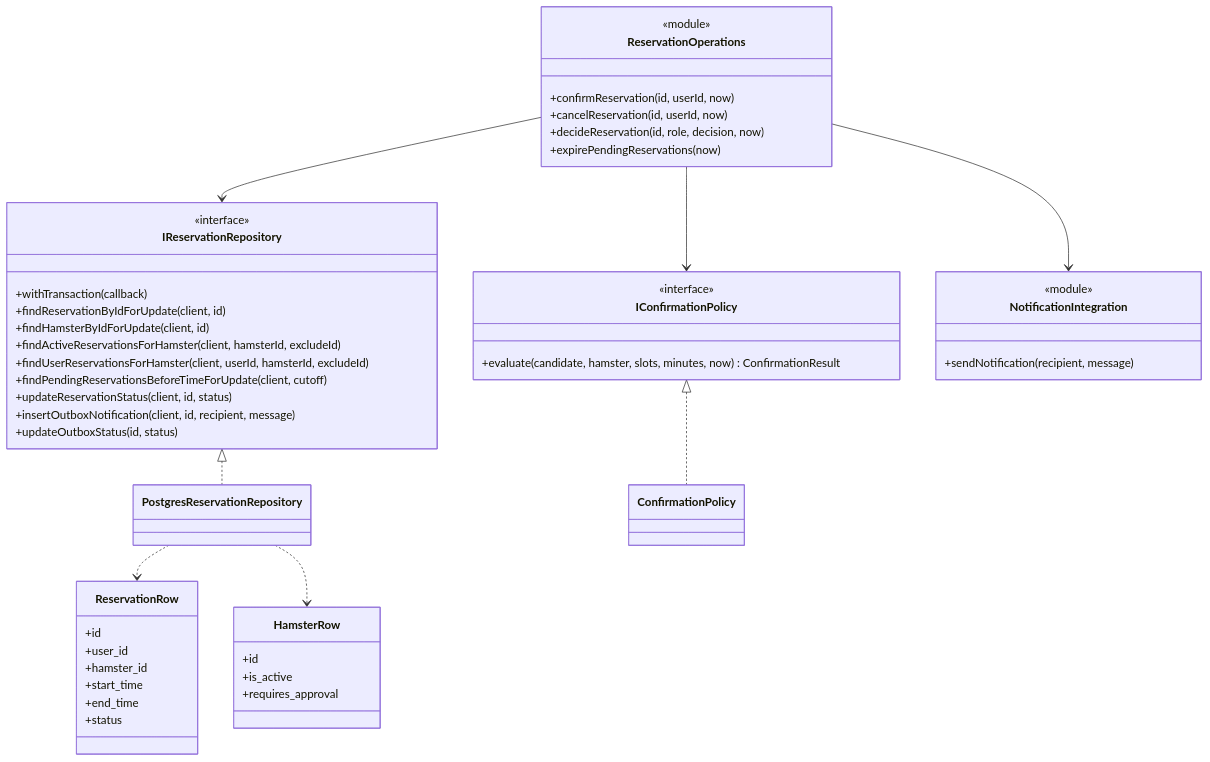
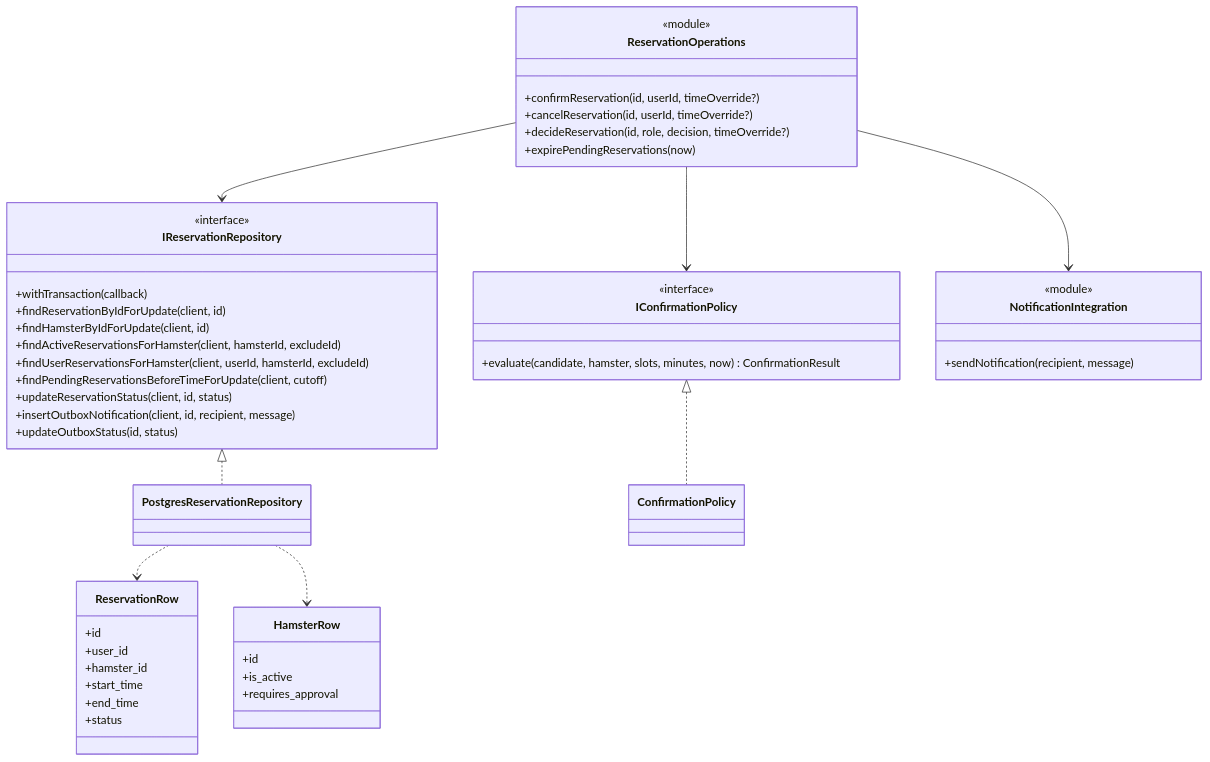
One commit to tomaskirnig/SWI_2027 changed the sixth of 8 diagrams in docs/architecture-and-decisions.md. Above: the diagram before and after it, drawn with Mermaid. The commit also changed other lines of this file and 7 other files, not shown here.

````diff
--- a/docs/architecture-and-decisions.md
+++ b/docs/architecture-and-decisions.md
@@ -701,52 +704,52 @@
 ```mermaid
 classDiagram
     class ReservationOperations {
         <<module>>
-        +confirmReservation(id, userId, now)
-        +cancelReservation(id, userId, now)
-        +decideReservation(id, role, decision, now)
+        +confirmReservation(id, userId, timeOverride?)
+        +cancelReservation(id, userId, timeOverride?)
+        +decideReservation(id, role, decision, timeOverride?)
         +expirePendingReservations(now)
     }
     class IReservationRepository {
         <<interface>>
         +withTransaction(callback)
         +findReservationByIdForUpdate(client, id)
         +findHamsterByIdForUpdate(client, id)
         +findActiveReservationsForHamster(client, hamsterId, excludeId)
         +findUserReservationsForHamster(client, userId, hamsterId, excludeId)
         +findPendingReservationsBeforeTimeForUpdate(client, cutoff)
         +updateReservationStatus(client, id, status)
         +insertOutboxNotification(client, id, recipient, message)
         +updateOutboxStatus(id, status)
     }
     class PostgresReservationRepository
     class IConfirmationPolicy {
         <<interface>>
         +evaluate(candidate, hamster, slots, minutes, now) ConfirmationResult
     }
     class ConfirmationPolicy
     class NotificationIntegration {
         <<module>>
         +sendNotification(recipient, message)
     }
     class ReservationRow {
         +id
         +user_id
         +hamster_id
         +start_time
         +end_time
         +status
     }
     class HamsterRow {
         +id
         +is_active
         +requires_approval
     }
     IReservationRepository <|.. PostgresReservationRepository
     IConfirmationPolicy <|.. ConfirmationPolicy
     ReservationOperations --> IReservationRepository
     ReservationOperations --> IConfirmationPolicy
     ReservationOperations --> NotificationIntegration
     PostgresReservationRepository ..> ReservationRow
     PostgresReservationRepository ..> HamsterRow
 ```
````
